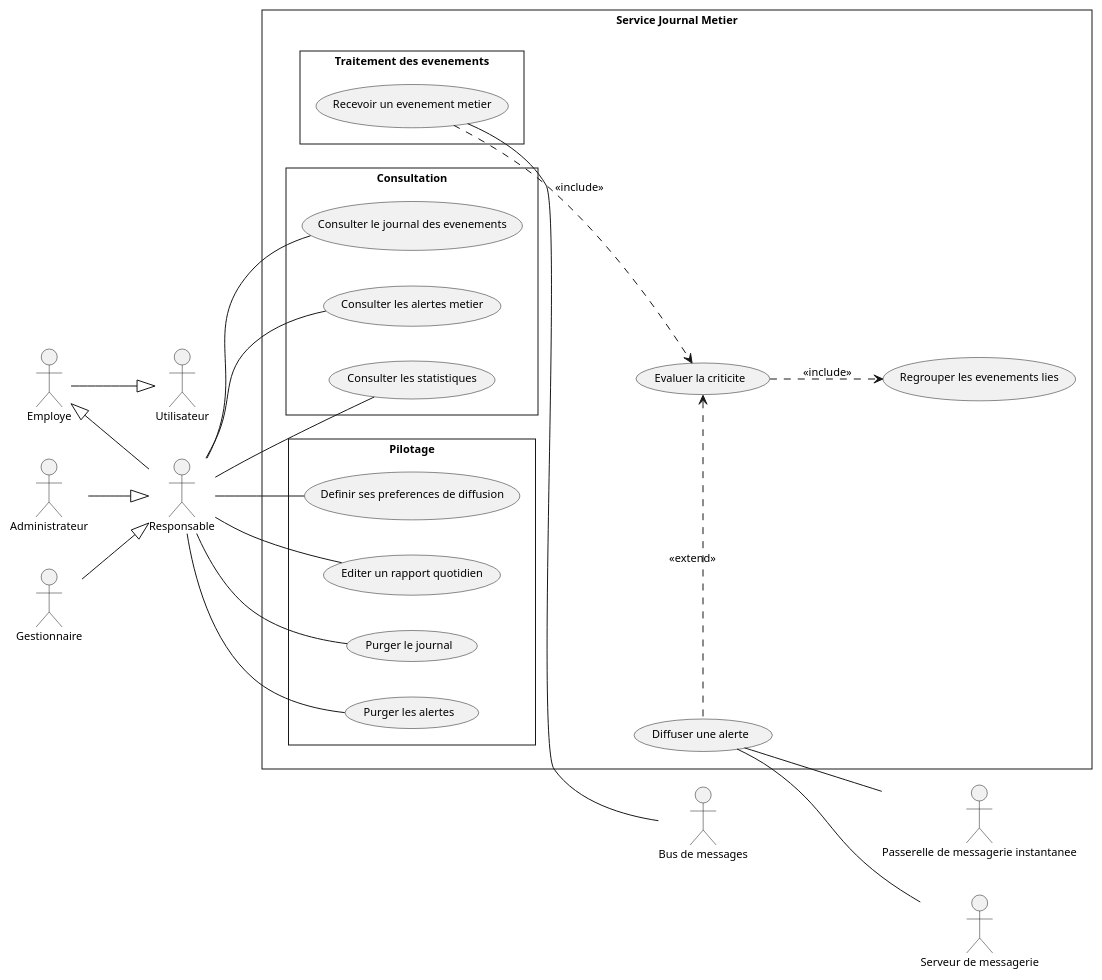
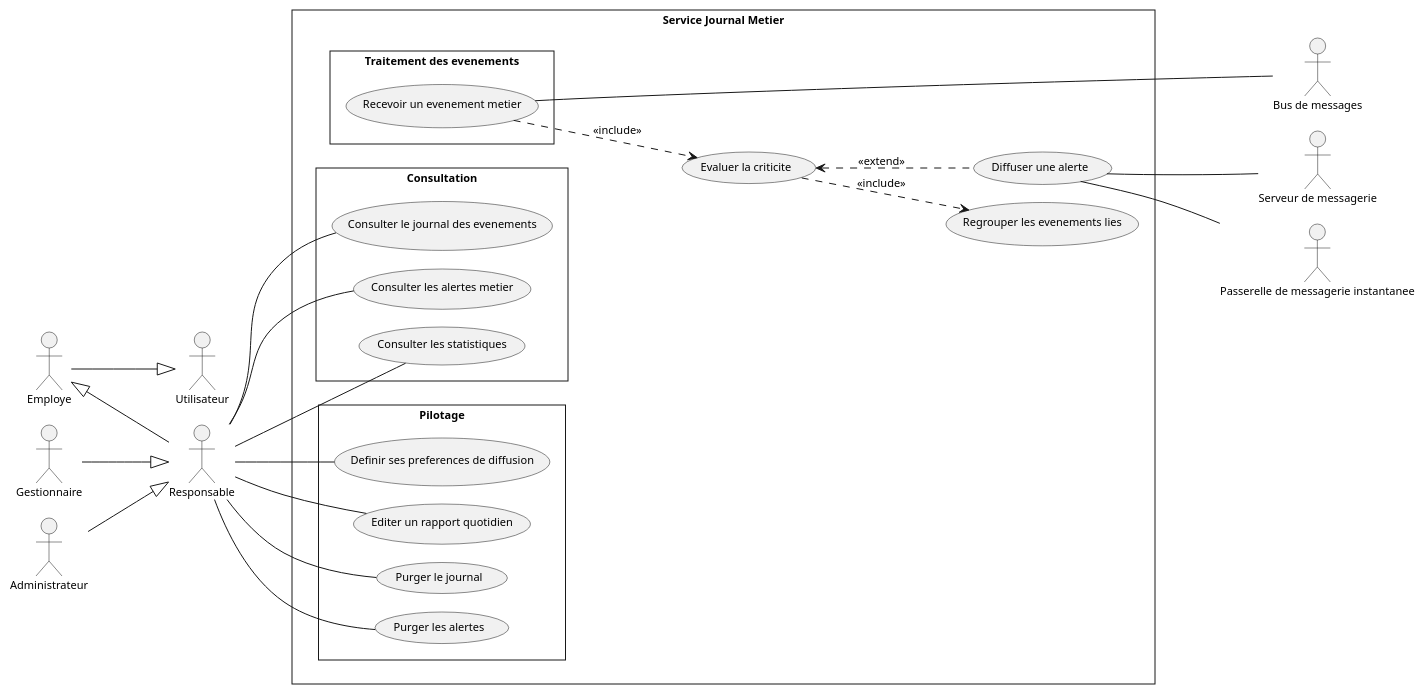
The diagram in docs/diagrams/microservices/IBOA/IBOA-usecase.puml (saber-barhoumi/Xpark-gmao), drawn with PlantUML before and after one commit. The commit also changed 15 other files, not shown here.

First line of the commit message:
docs(uml): cas d'utilisation au format paysage, acteurs secondaires a droite

```diff
--- a/docs/diagrams/microservices/IBOA/IBOA-usecase.puml
+++ b/docs/diagrams/microservices/IBOA/IBOA-usecase.puml
@@ -1,68 +1,75 @@
 @startuml
 skinparam style strictuml
 skinparam packageStyle rectangle
 skinparam shadowing false
 skinparam defaultFontName Verdana
 skinparam defaultFontSize 11
 skinparam backgroundColor #FFFFFF
+skinparam nodesep 18
+skinparam ranksep 80
 left to right direction
 
 ' Acteurs, alignes a gauche : les porteurs d'associations sont
 ' accoles a la frontiere, les acteurs structurels a leur gauche
 actor "Utilisateur" as Utilisateur
 actor "Employe" as Employe
 actor "Responsable" as Responsable
 actor "Administrateur" as Administrateur
 actor "Gestionnaire" as Gestionnaire
 
 ' Generalisation : triangle creux, de l'enfant vers le parent
 Employe -down-|> Utilisateur
 Responsable -up-|> Employe
 Administrateur -down-|> Responsable
 Gestionnaire -down-|> Responsable
 
 rectangle "Service Journal Metier" {
   package "Traitement des evenements" {
     usecase "Recevoir un evenement metier" as UC_Recevoir_un_evenement_metier
   }
   package "Consultation" {
     usecase "Consulter le journal des evenements" as UC_Consulter_le_journal_des_evenement
     usecase "Consulter les alertes metier" as UC_Consulter_les_alertes_metier
     usecase "Consulter les statistiques" as UC_Consulter_les_statistiques
   }
   package "Pilotage" {
     usecase "Definir ses preferences de diffusion" as UC_Definir_ses_preferences_de_diffusi
     usecase "Editer un rapport quotidien" as UC_Editer_un_rapport_quotidien
     usecase "Purger le journal" as UC_Purger_le_journal
     usecase "Purger les alertes" as UC_Purger_les_alertes
   }
   usecase "Evaluer la criticite" as UC_Evaluer_la_criticite
   usecase "Regrouper les evenements lies" as UC_Regrouper_les_evenements_lies
   usecase "Diffuser une alerte" as UC_Diffuser_une_alerte
 }
 
 ' Acteurs secondaires, a droite, hors de la frontiere
 actor "Bus de messages" as Bus
 actor "Serveur de messagerie" as SMTP
 actor "Passerelle de messagerie instantanee" as Twilio
 
 ' Associations : trait continu sans fleche (relation d'association)
 Responsable -- UC_Consulter_le_journal_des_evenement
 Responsable -- UC_Consulter_les_alertes_metier
 Responsable -- UC_Consulter_les_statistiques
 Responsable -- UC_Definir_ses_preferences_de_diffusi
 Responsable -- UC_Editer_un_rapport_quotidien
 Responsable -- UC_Purger_le_journal
 Responsable -- UC_Purger_les_alertes
 
 UC_Recevoir_un_evenement_metier -down- Bus
 UC_Diffuser_une_alerte -down- SMTP
 UC_Diffuser_une_alerte -down- Twilio
+UC_Diffuser_une_alerte -[hidden]down- Bus
+UC_Diffuser_une_alerte -[hidden]down- SMTP
+UC_Diffuser_une_alerte -[hidden]down- Twilio
+Bus -[hidden]right- SMTP
+SMTP -[hidden]right- Twilio
 
 ' << include >> : du cas de base vers le cas obligatoire
 UC_Recevoir_un_evenement_metier ..> UC_Evaluer_la_criticite : << include >>
 UC_Evaluer_la_criticite ..> UC_Regrouper_les_evenements_lies : << include >>
-' << extend >> : du cas optionnel vers le cas de base
-UC_Diffuser_une_alerte .left.> UC_Evaluer_la_criticite : << extend >>
+' << extend >> : la pointe designe le cas de base
+UC_Evaluer_la_criticite <.. UC_Diffuser_une_alerte : << extend >>
 
 @enduml
```
